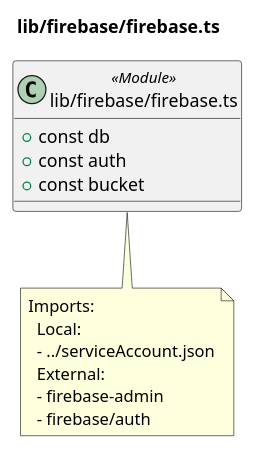
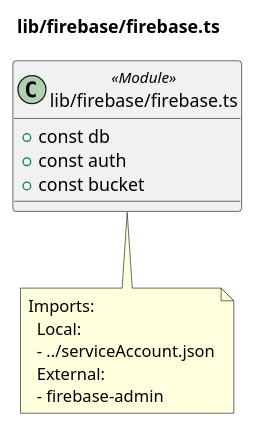
One commit to Natural-Highs/live changed the diagram in docs/diagrams/src/lib/firebase/firebase.ts.puml. Above: the diagram before and after it, drawn with PlantUML. The commit also changed 90 other files, not shown here.

Commit message:
refactor(docs): update docs/diagrams workflow for migration

```diff
--- a/docs/diagrams/src/lib/firebase/firebase.ts.puml
+++ b/docs/diagrams/src/lib/firebase/firebase.ts.puml
@@ -1,16 +1,15 @@
 @startuml lib__firebase__firebase_ts
 title lib/firebase/firebase.ts
 class "lib/firebase/firebase.ts" as lib_firebase_firebase_ts <<Module>> {
   + const db
   + const auth
   + const bucket
 }
 note bottom of lib_firebase_firebase_ts
   Imports:
     Local:
     - ../serviceAccount.json
     External:
     - firebase-admin
-    - firebase/auth
 end note
 @enduml
```
